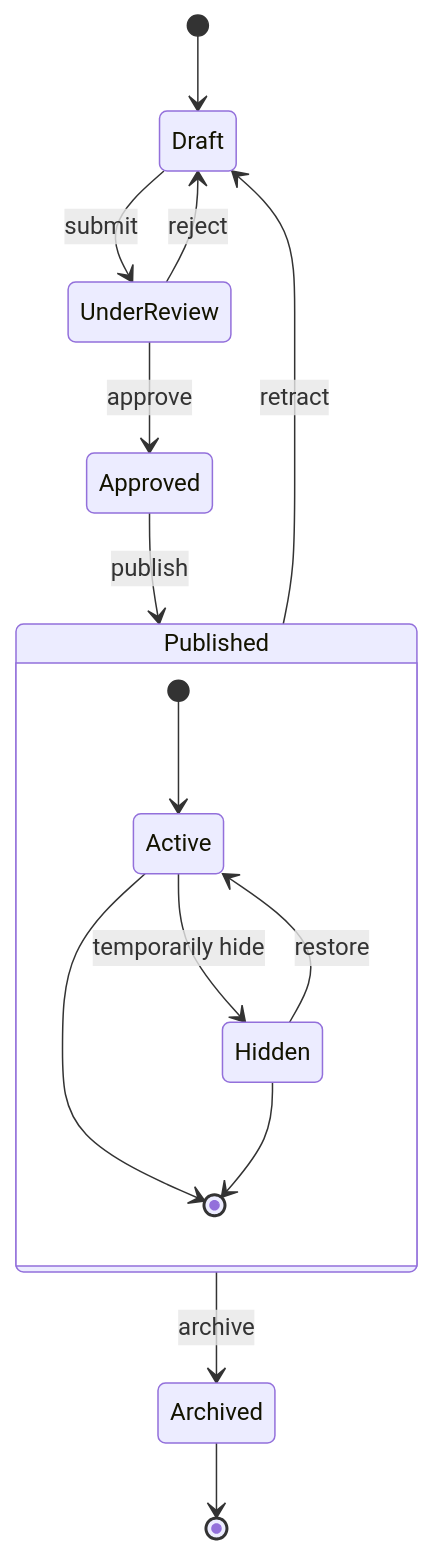
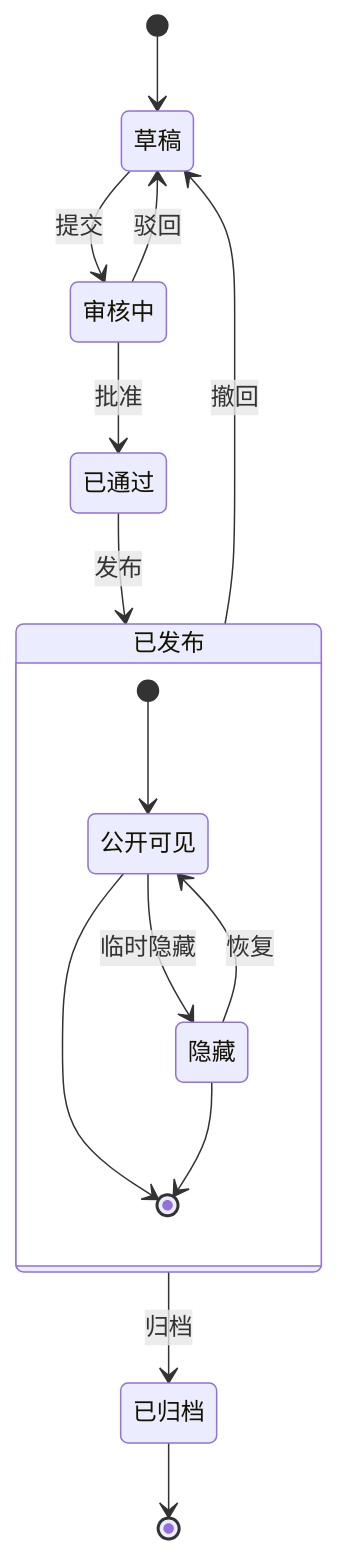
Before and after one commit to safe-450/blog: the fifth of 6 diagrams in src/content/posts/markdown-mermaid.md, drawn with Mermaid. The commit also changed other lines of this file and 17 other files, not shown here.

````diff
--- a/src/content/posts/markdown-mermaid.md
+++ b/src/content/posts/markdown-mermaid.md
@@ -151,21 +148,21 @@
 ```mermaid
 stateDiagram-v2
-    [*] --> Draft
-    
-    Draft --> UnderReview : submit
-    UnderReview --> Draft : reject
-    UnderReview --> Approved : approve
-    Approved --> Published : publish
-    Published --> Archived : archive
-    Published --> Draft : retract
-    
-    state Published {
-        [*] --> Active
-        Active --> Hidden : temporarily hide
-        Hidden --> Active : restore
-        Active --> [*]
-        Hidden --> [*]
+    [*] --> 草稿
+
+    草稿 --> 审核中 : 提交
+    审核中 --> 草稿 : 驳回
+    审核中 --> 已通过 : 批准
+    已通过 --> 已发布 : 发布
+    已发布 --> 已归档 : 归档
+    已发布 --> 草稿 : 撤回
+
+    state 已发布 {
+        [*] --> 公开可见
+        公开可见 --> 隐藏 : 临时隐藏
+        隐藏 --> 公开可见 : 恢复
+        公开可见 --> [*]
+        隐藏 --> [*]
     }
-    
-    Archived --> [*]
+
+    已归档 --> [*]
 ```
````
